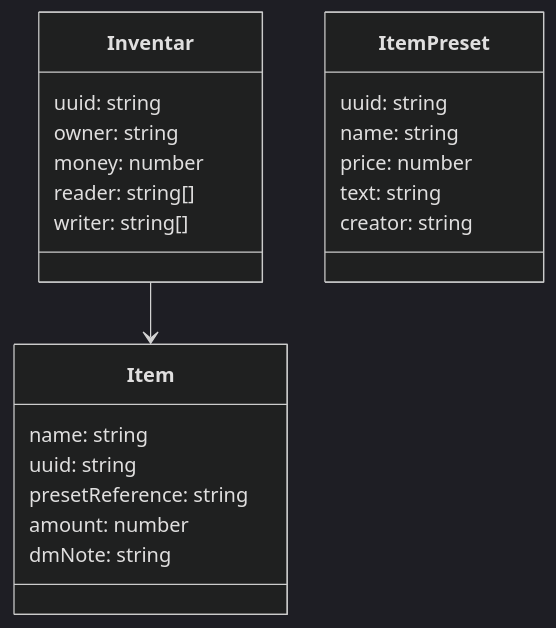
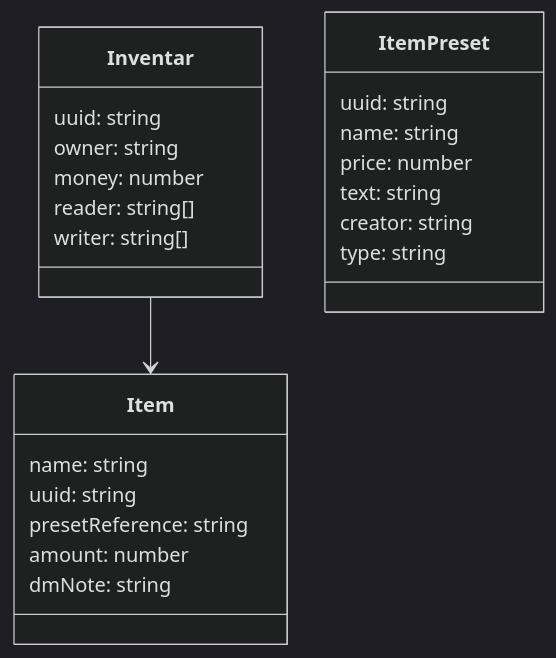
One commit to NamelessGroup/InventarWerk changed the diagram in README.md. Above: the diagram before and after it, drawn with Mermaid (dark theme). The commit also changed other lines of this file, not shown here.

````diff
--- a/README.md
+++ b/README.md
@@ -15,28 +15,29 @@
 ```mermaid
 classDiagram
     class Inventar {
         uuid: string
         owner: string
         money: number
         reader: string[]
         writer: string[]
     }
 
     class ItemPreset {
         uuid: string
         name: string
         price: number
         text: string
         creator: string
+        type: string
     }
 
     class Item {
         name: string
         uuid: string
         presetReference: string
         amount: number
         dmNote: string
     }
 
     Inventar --> Item
 ```
````
